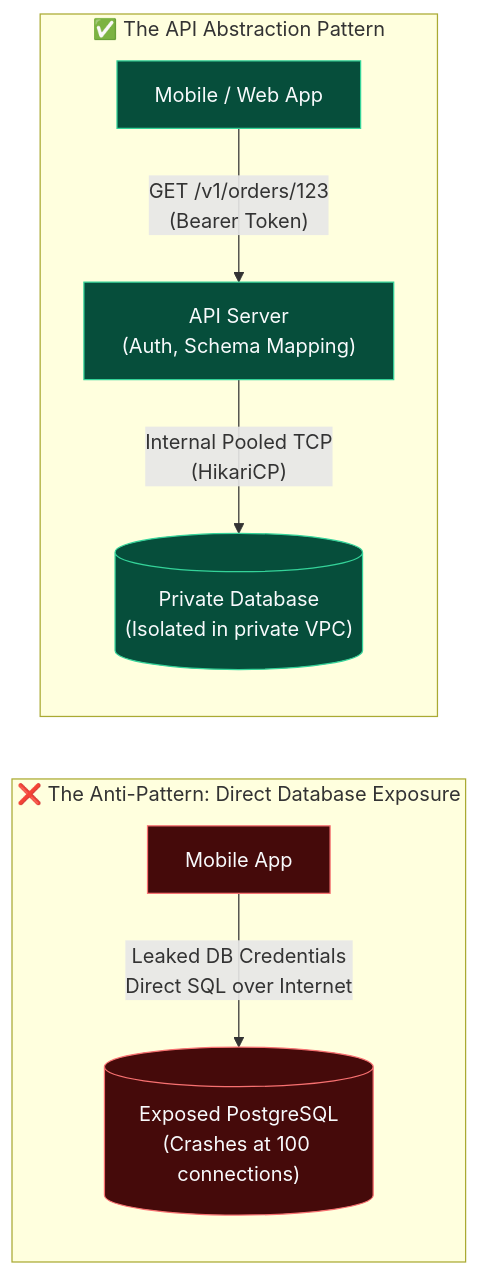
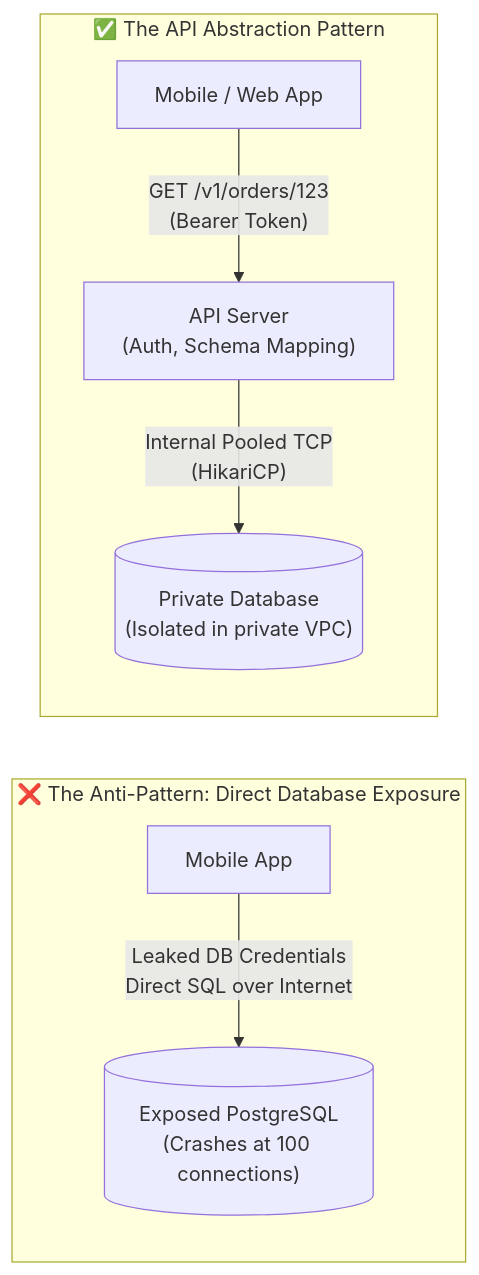
The third of 50 diagrams in topics/0.FUNDAMENTALS/API Architecture and Design/output/Note_version-1_API_Architecture_and_Design/API_Architecture_and_Design.md (AkmKawser/System-Design), drawn with Mermaid before and after one commit. The commit also changed other lines of this file and 6 other files, not shown here.

Commit message:
fix(diagrams): remove dark fills and rects to ensure full visibility on GitHub light theme

````diff
--- a/topics/0.FUNDAMENTALS/API Architecture and Design/output/Note_version-1_API_Architecture_and_Design/API_Architecture_and_Design.md
+++ b/topics/0.FUNDAMENTALS/API Architecture and Design/output/Note_version-1_API_Architecture_and_Design/API_Architecture_and_Design.md
@@ -183,19 +172,13 @@
 ```mermaid
 flowchart LR
     subgraph Danger["❌ The Anti-Pattern: Direct Database Exposure"]
         direction TB
         BadMobile["Mobile App"] -->|"Leaked DB Credentials\nDirect SQL over Internet"| BadDB[("Exposed PostgreSQL\n(Crashes at 100 connections)")]
     end
 
     subgraph Secure["✅ The API Abstraction Pattern"]
         direction TB
         ClientApp["Mobile / Web App"] -->|"GET /v1/orders/123\n(Bearer Token)"| APIServer["API Server\n(Auth, Schema Mapping)"]
         APIServer -->|"Internal Pooled TCP\n(HikariCP)"| InternalDB[("Private Database\n(Isolated in private VPC)")]
     end
-
-    classDef danger fill:#450a0a,stroke:#f87171,stroke-width:1px,color:#f8fafc;
-    classDef safe fill:#064e3b,stroke:#34d399,stroke-width:1px,color:#f8fafc;
-
-    class BadMobile,BadDB danger;
-    class ClientApp,APIServer,InternalDB safe;
 ```
````
